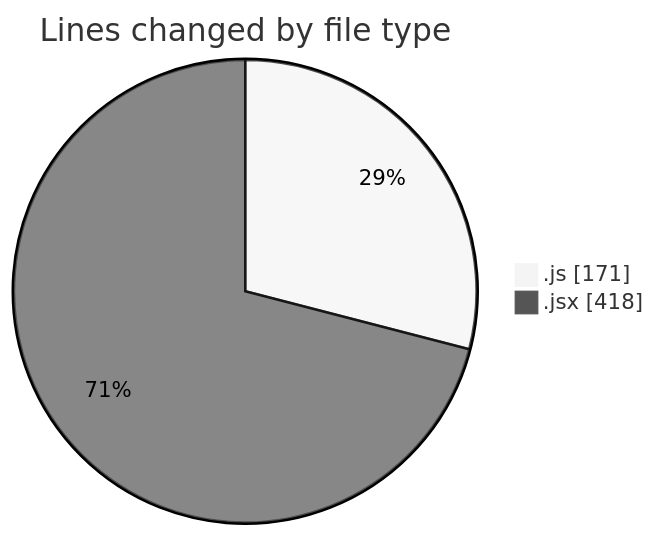
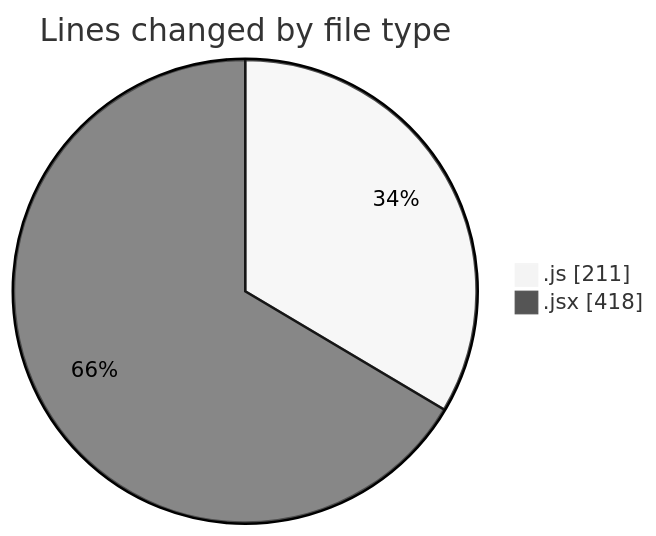
The first of 2 diagrams in 2025-05-29/nxtqube_webapp/README.md (nxtqubesakshisongat/code-tracking), drawn with Mermaid (neutral theme) before and after one commit. The commit also changed other lines of this file and 1 other file, not shown here.

````diff
--- a/2025-05-29/nxtqube_webapp/README.md
+++ b/2025-05-29/nxtqube_webapp/README.md
@@ -23,6 +24,6 @@
 ```mermaid
 pie showData
 title Lines changed by file type
-".js" : 171
+".js" : 211
 ".jsx" : 418
 ```
````
